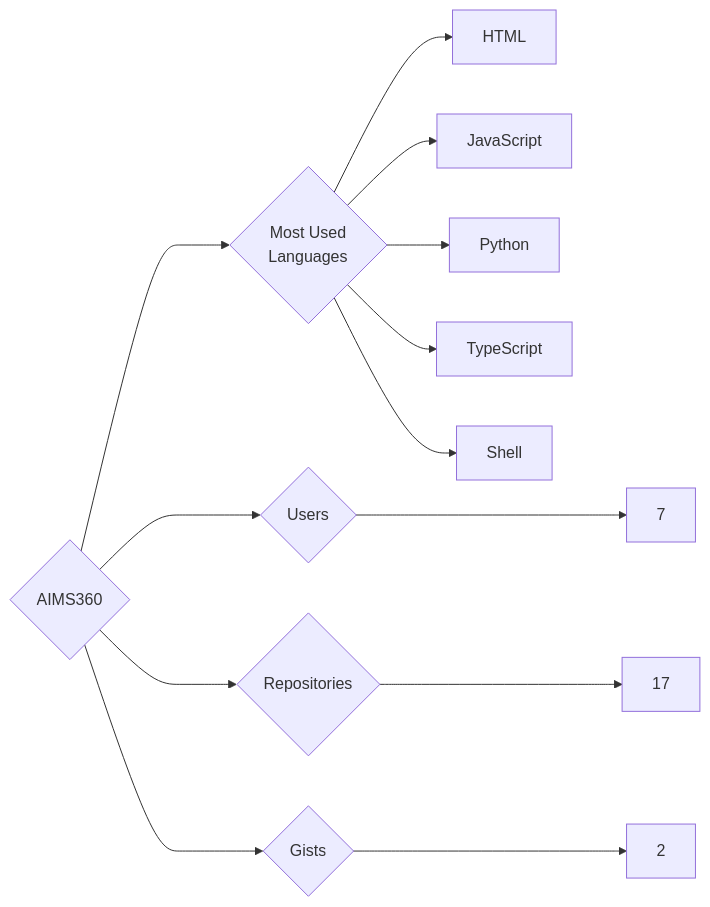
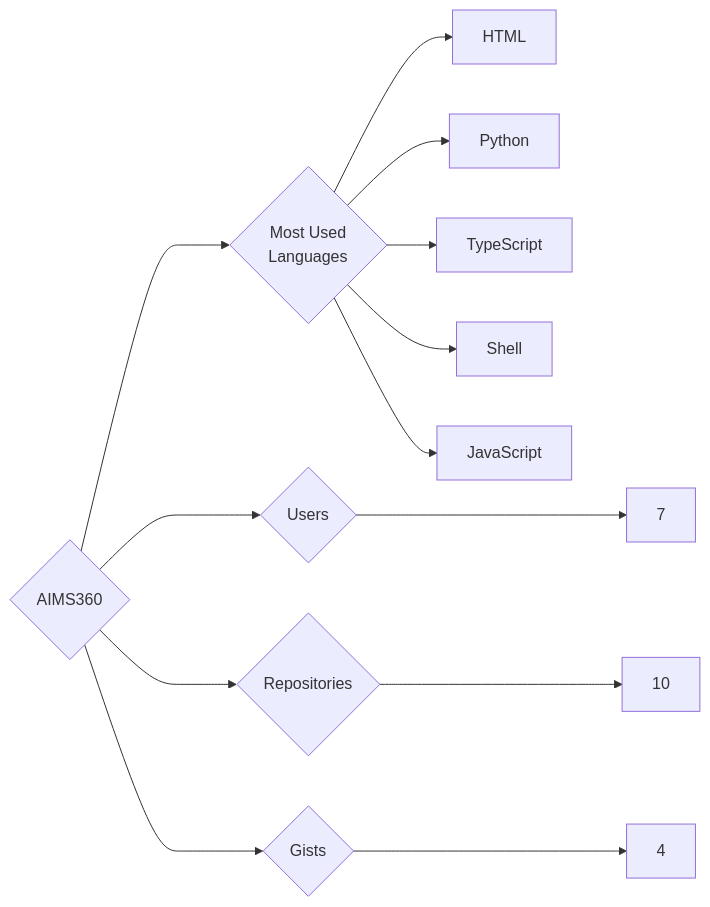
The diagram in targets/AIMS360/README.md (trickest/insiders), drawn with Mermaid before and after one commit. The commit also changed 933 other files, not shown here.

````diff
--- a/targets/AIMS360/README.md
+++ b/targets/AIMS360/README.md
@@ -3,13 +3,13 @@
 ```mermaid
 graph LR
 COMPANY_NAME{AIMS360}
 COMPANY_NAME ---> U{Users} ---> UN[7]
-COMPANY_NAME ---> R{Repositories} ---> RN[17]
-COMPANY_NAME ---> G{Gists} ---> GN[2]
+COMPANY_NAME ---> R{Repositories} ---> RN[10]
+COMPANY_NAME ---> G{Gists} ---> GN[4]
 COMPANY_NAME ---> ML{Most Used<br>Languages}
 ML --> HTML[HTML]
-ML --> JavaScript[JavaScript]
 ML --> Python[Python]
 ML --> TypeScript[TypeScript]
 ML --> Shell[Shell]
+ML --> JavaScript[JavaScript]
 ```
````
